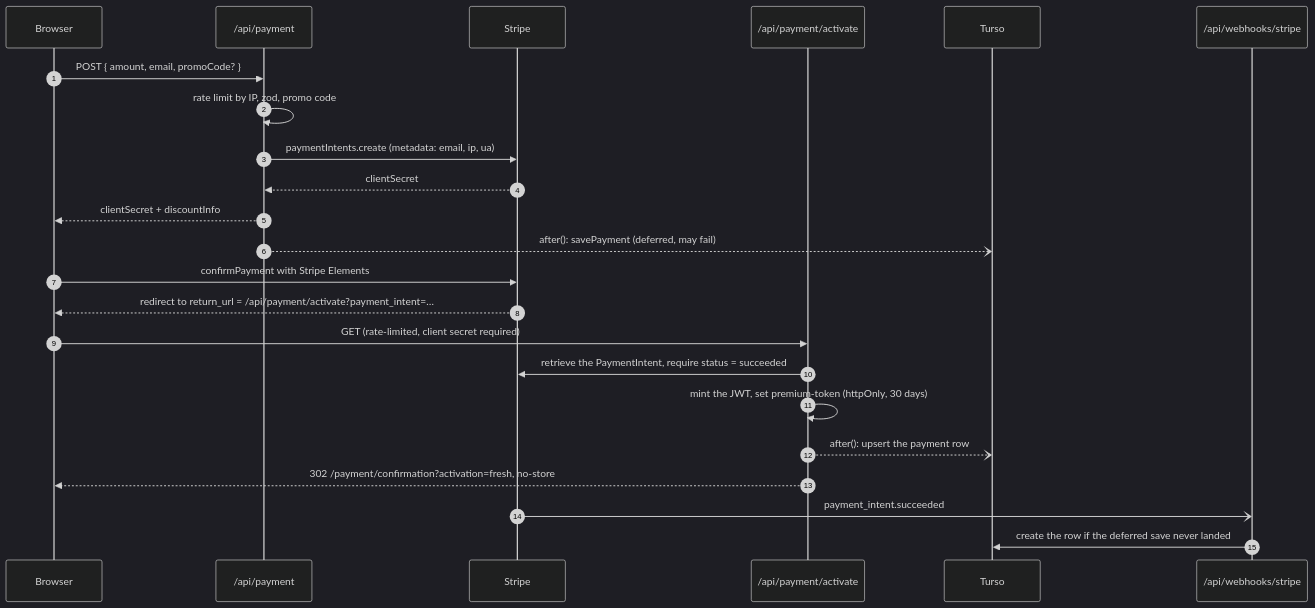
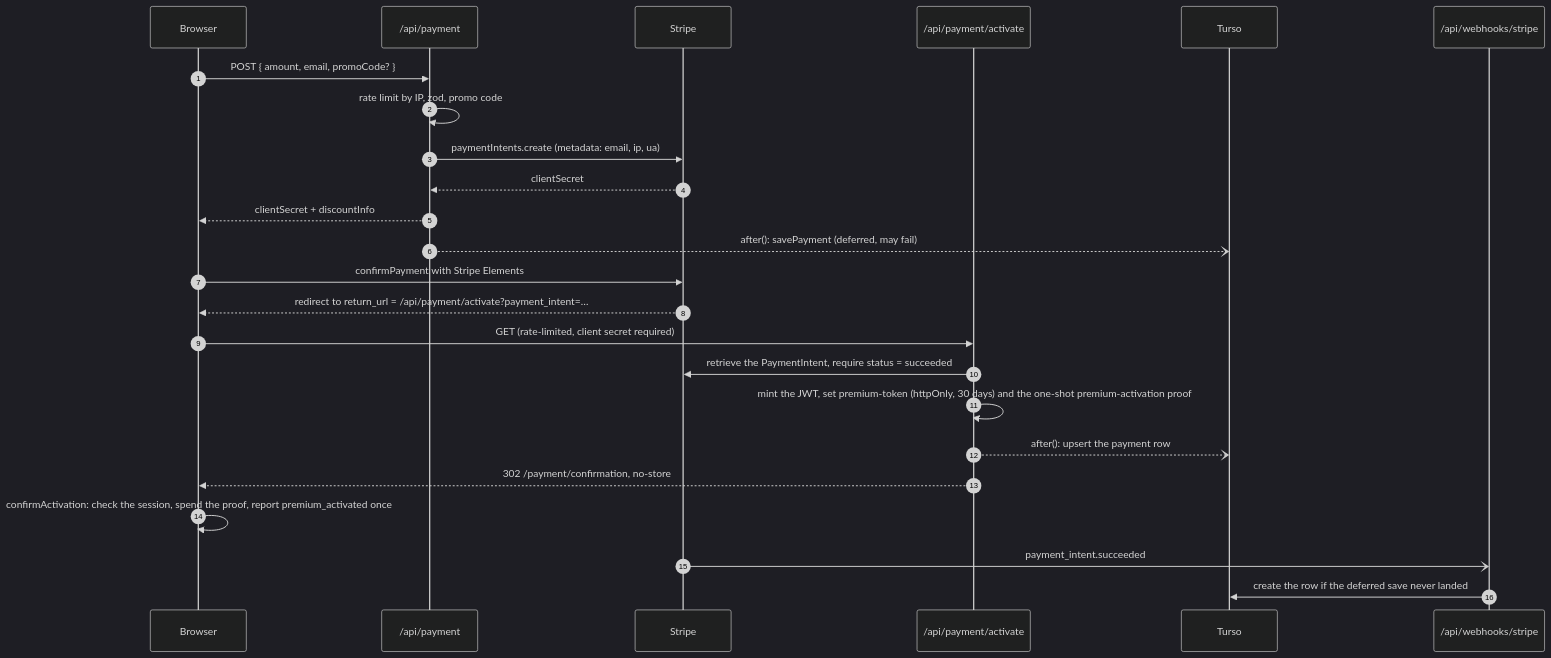
The diagram in apps/docs/src/content/docs/how-it-works/premium.mdx (fbuireu/forever-pto), drawn with Mermaid (dark theme) before and after one commit. The commit also changed other lines of this file and 61 other files, not shown here.

````diff
--- a/apps/docs/src/content/docs/how-it-works/premium.mdx
+++ b/apps/docs/src/content/docs/how-it-works/premium.mdx
@@ -9,25 +9,26 @@
 ```mermaid
 sequenceDiagram
   autonumber
   participant U as Browser
   participant API as /api/payment
   participant S as Stripe
   participant ACT as /api/payment/activate
   participant DB as Turso
   participant WH as /api/webhooks/stripe
   U->>API: POST { amount, email, promoCode? }
   API->>API: rate limit by IP, zod, promo code
   API->>S: paymentIntents.create (metadata: email, ip, ua)
   S-->>API: clientSecret
   API-->>U: clientSecret + discountInfo
   API--)DB: after(): savePayment (deferred, may fail)
   U->>S: confirmPayment with Stripe Elements
   S-->>U: redirect to return_url = /api/payment/activate?payment_intent=…
   U->>ACT: GET (rate-limited, client secret required)
   ACT->>S: retrieve the PaymentIntent, require status = succeeded
-  ACT->>ACT: mint the JWT, set premium-token (httpOnly, 30 days)
+  ACT->>ACT: mint the JWT, set premium-token (httpOnly, 30 days) and the one-shot premium-activation proof
   ACT--)DB: after(): upsert the payment row
-  ACT-->>U: 302 /payment/confirmation?activation=fresh, no-store
+  ACT-->>U: 302 /payment/confirmation, no-store
+  U->>U: confirmActivation: check the session, spend the proof, report premium_activated once
   S-)WH: payment_intent.succeeded
   WH->>DB: create the row if the deferred save never landed
 ```
````
